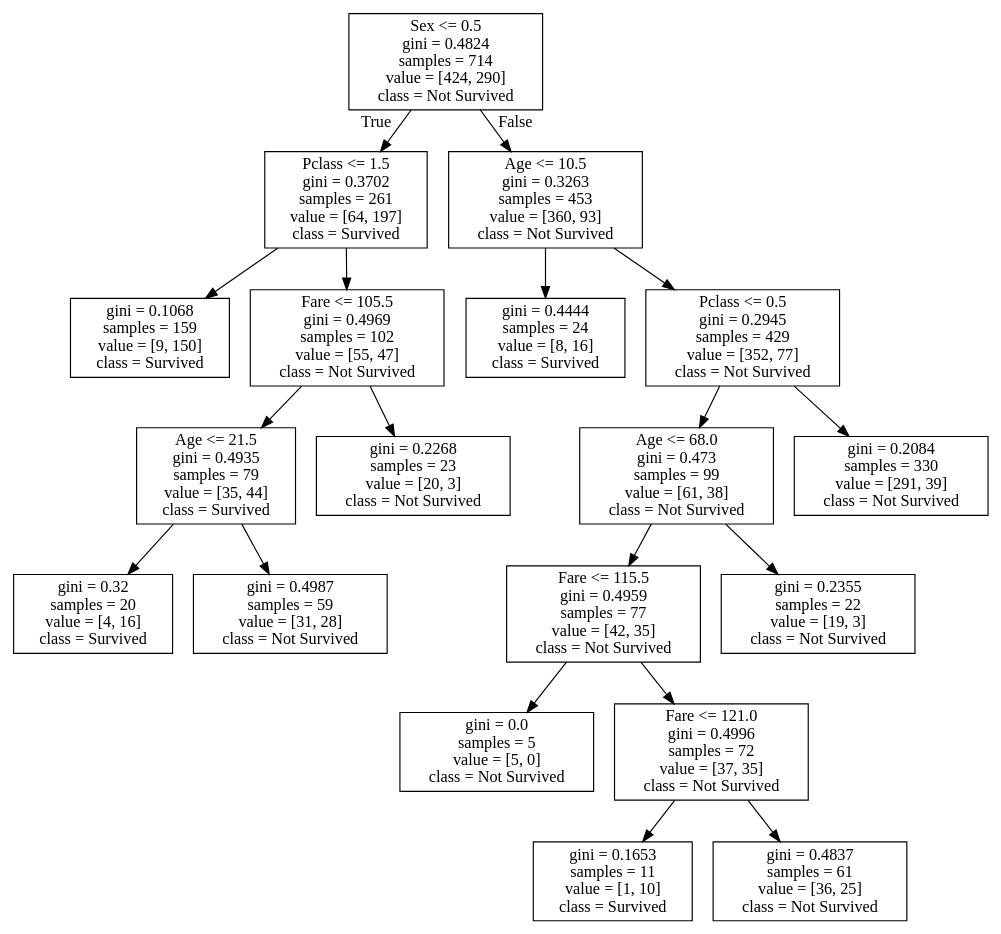
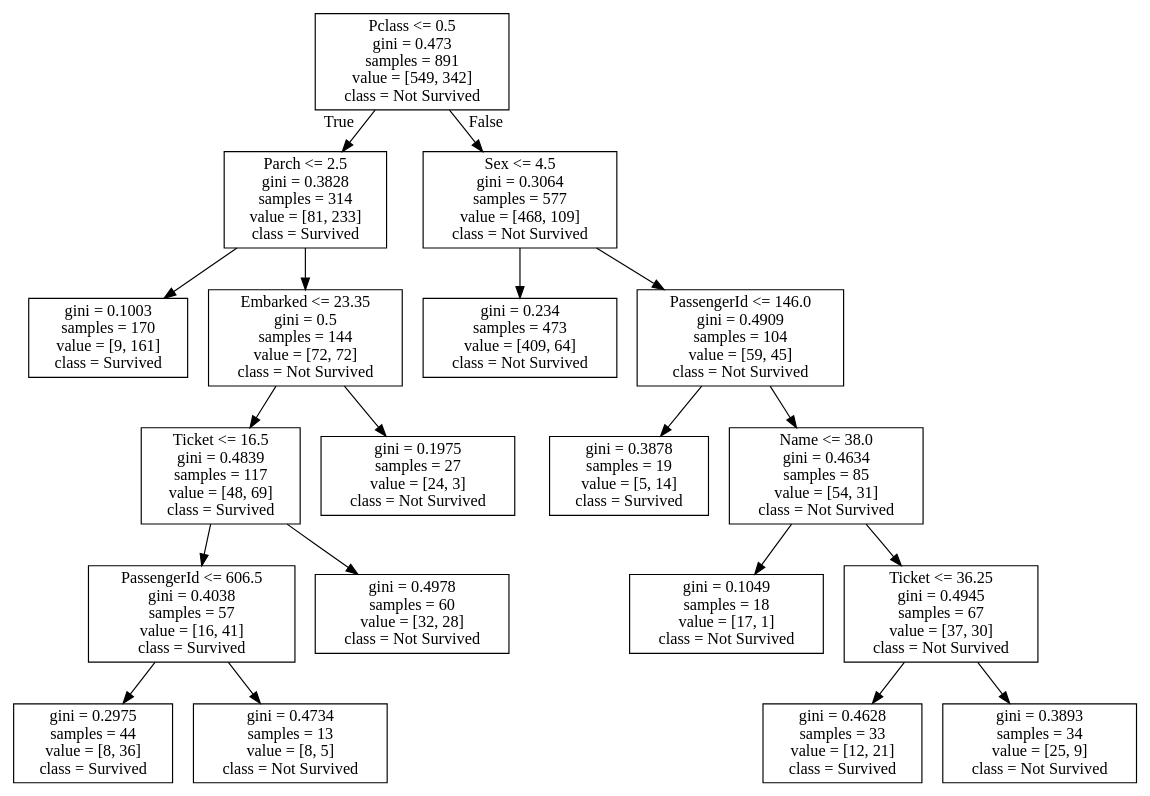
Before and after one commit to SalahiAltinci/ml-scikit: the diagram in titanic/decision_tree/tree.dot, drawn with Graphviz. The commit also changed 8 other files, not shown here.

```diff
--- a/titanic/decision_tree/tree.dot
+++ b/titanic/decision_tree/tree.dot
@@ -1,40 +1,40 @@
 digraph Tree {
 node [shape=box] ;
-0 [label="Sex <= 0.5\ngini = 0.4824\nsamples = 714\nvalue = [424, 290]\nclass = Not Survived"] ;
-1 [label="Pclass <= 1.5\ngini = 0.3702\nsamples = 261\nvalue = [64, 197]\nclass = Survived"] ;
+0 [label="Pclass <= 0.5\ngini = 0.473\nsamples = 891\nvalue = [549, 342]\nclass = Not Survived"] ;
+1 [label="Parch <= 2.5\ngini = 0.3828\nsamples = 314\nvalue = [81, 233]\nclass = Survived"] ;
 0 -> 1 [labeldistance=2.5, labelangle=45, headlabel="True"] ;
-3 [label="gini = 0.1068\nsamples = 159\nvalue = [9, 150]\nclass = Survived"] ;
+3 [label="gini = 0.1003\nsamples = 170\nvalue = [9, 161]\nclass = Survived"] ;
 1 -> 3 ;
-4 [label="Fare <= 105.5\ngini = 0.4969\nsamples = 102\nvalue = [55, 47]\nclass = Not Survived"] ;
+4 [label="Embarked <= 23.35\ngini = 0.5\nsamples = 144\nvalue = [72, 72]\nclass = Not Survived"] ;
 1 -> 4 ;
-9 [label="Age <= 21.5\ngini = 0.4935\nsamples = 79\nvalue = [35, 44]\nclass = Survived"] ;
-4 -> 9 ;
-13 [label="gini = 0.32\nsamples = 20\nvalue = [4, 16]\nclass = Survived"] ;
-9 -> 13 ;
-14 [label="gini = 0.4987\nsamples = 59\nvalue = [31, 28]\nclass = Not Survived"] ;
-9 -> 14 ;
-10 [label="gini = 0.2268\nsamples = 23\nvalue = [20, 3]\nclass = Not Survived"] ;
-4 -> 10 ;
-2 [label="Age <= 10.5\ngini = 0.3263\nsamples = 453\nvalue = [360, 93]\nclass = Not Survived"] ;
+7 [label="Ticket <= 16.5\ngini = 0.4839\nsamples = 117\nvalue = [48, 69]\nclass = Survived"] ;
+4 -> 7 ;
+15 [label="PassengerId <= 606.5\ngini = 0.4038\nsamples = 57\nvalue = [16, 41]\nclass = Survived"] ;
+7 -> 15 ;
+17 [label="gini = 0.2975\nsamples = 44\nvalue = [8, 36]\nclass = Survived"] ;
+15 -> 17 ;
+18 [label="gini = 0.4734\nsamples = 13\nvalue = [8, 5]\nclass = Not Survived"] ;
+15 -> 18 ;
+16 [label="gini = 0.4978\nsamples = 60\nvalue = [32, 28]\nclass = Not Survived"] ;
+7 -> 16 ;
+8 [label="gini = 0.1975\nsamples = 27\nvalue = [24, 3]\nclass = Not Survived"] ;
+4 -> 8 ;
+2 [label="Sex <= 4.5\ngini = 0.3064\nsamples = 577\nvalue = [468, 109]\nclass = Not Survived"] ;
 0 -> 2 [labeldistance=2.5, labelangle=-45, headlabel="False"] ;
-5 [label="gini = 0.4444\nsamples = 24\nvalue = [8, 16]\nclass = Survived"] ;
+5 [label="gini = 0.234\nsamples = 473\nvalue = [409, 64]\nclass = Not Survived"] ;
 2 -> 5 ;
-6 [label="Pclass <= 0.5\ngini = 0.2945\nsamples = 429\nvalue = [352, 77]\nclass = Not Survived"] ;
+6 [label="PassengerId <= 146.0\ngini = 0.4909\nsamples = 104\nvalue = [59, 45]\nclass = Not Survived"] ;
 2 -> 6 ;
-7 [label="Age <= 68.0\ngini = 0.473\nsamples = 99\nvalue = [61, 38]\nclass = Not Survived"] ;
-6 -> 7 ;
-11 [label="Fare <= 115.5\ngini = 0.4959\nsamples = 77\nvalue = [42, 35]\nclass = Not Survived"] ;
-7 -> 11 ;
-15 [label="gini = 0.0\nsamples = 5\nvalue = [5, 0]\nclass = Not Survived"] ;
-11 -> 15 ;
-16 [label="Fare <= 121.0\ngini = 0.4996\nsamples = 72\nvalue = [37, 35]\nclass = Not Survived"] ;
-11 -> 16 ;
-17 [label="gini = 0.1653\nsamples = 11\nvalue = [1, 10]\nclass = Survived"] ;
-16 -> 17 ;
-18 [label="gini = 0.4837\nsamples = 61\nvalue = [36, 25]\nclass = Not Survived"] ;
-16 -> 18 ;
-12 [label="gini = 0.2355\nsamples = 22\nvalue = [19, 3]\nclass = Not Survived"] ;
-7 -> 12 ;
-8 [label="gini = 0.2084\nsamples = 330\nvalue = [291, 39]\nclass = Not Survived"] ;
-6 -> 8 ;
+9 [label="gini = 0.3878\nsamples = 19\nvalue = [5, 14]\nclass = Survived"] ;
+6 -> 9 ;
+10 [label="Name <= 38.0\ngini = 0.4634\nsamples = 85\nvalue = [54, 31]\nclass = Not Survived"] ;
+6 -> 10 ;
+11 [label="gini = 0.1049\nsamples = 18\nvalue = [17, 1]\nclass = Not Survived"] ;
+10 -> 11 ;
+12 [label="Ticket <= 36.25\ngini = 0.4945\nsamples = 67\nvalue = [37, 30]\nclass = Not Survived"] ;
+10 -> 12 ;
+13 [label="gini = 0.4628\nsamples = 33\nvalue = [12, 21]\nclass = Survived"] ;
+12 -> 13 ;
+14 [label="gini = 0.3893\nsamples = 34\nvalue = [25, 9]\nclass = Not Survived"] ;
+12 -> 14 ;
 }
```
